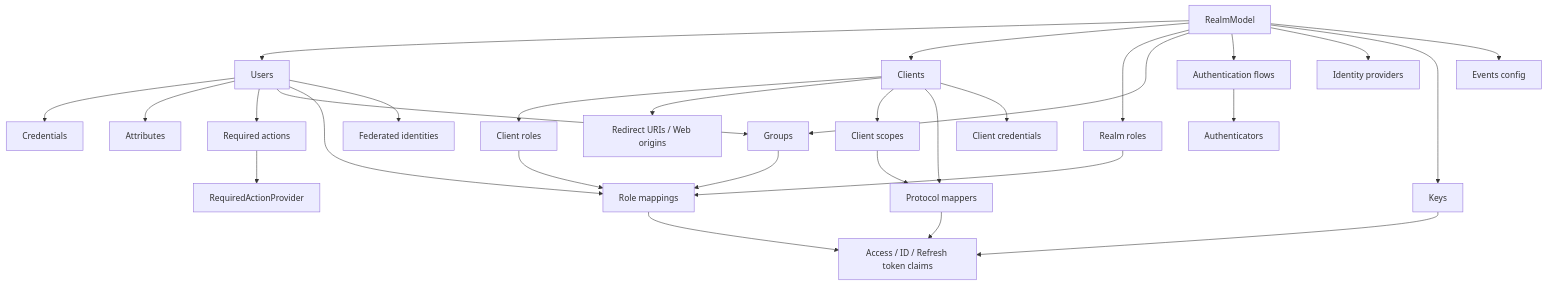
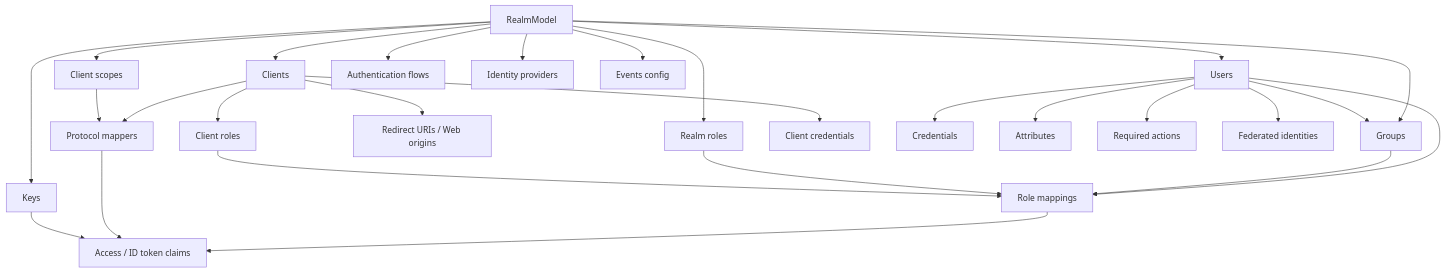
The first of 3 diagrams in docs/custom/20-policy/20-realm-client-user-policy-model.md (dhs-shine/keycloak), drawn with Mermaid before and after one commit. The commit also changed other lines of this file and 7 other files, not shown here.

````diff
--- a/docs/custom/20-policy/20-realm-client-user-policy-model.md
+++ b/docs/custom/20-policy/20-realm-client-user-policy-model.md
@@ -32,36 +21,32 @@
 ```mermaid
 flowchart TD
   Realm["RealmModel"] --> Users["Users"]
   Realm --> Clients["Clients"]
   Realm --> RealmRoles["Realm roles"]
   Realm --> Groups["Groups"]
+  Realm --> ClientScopes["Client scopes"]
   Realm --> Flows["Authentication flows"]
   Realm --> IdPs["Identity providers"]
   Realm --> Keys["Keys"]
   Realm --> Events["Events config"]
 
   Clients --> ClientRoles["Client roles"]
   Clients --> Redirects["Redirect URIs / Web origins"]
-  Clients --> Scopes["Client scopes"]
   Clients --> Mappers["Protocol mappers"]
   Clients --> Credentials["Client credentials"]
+  ClientScopes --> Mappers
 
   Users --> UserCreds["Credentials"]
   Users --> UserAttrs["Attributes"]
   Users --> Required["Required actions"]
   Users --> Groups
   Users --> RoleMappings["Role mappings"]
   Users --> Federated["Federated identities"]
 
   Groups --> RoleMappings
   RealmRoles --> RoleMappings
   ClientRoles --> RoleMappings
-
-  Flows --> Authenticators["Authenticators"]
-  Required --> RequiredProviders["RequiredActionProvider"]
-
-  Scopes --> Mappers
-  Mappers --> Tokens["Access / ID / Refresh token claims"]
-  RoleMappings --> Tokens
+  RoleMappings --> Tokens["Access / ID token claims"]
+  Mappers --> Tokens
   Keys --> Tokens
 ```
````
